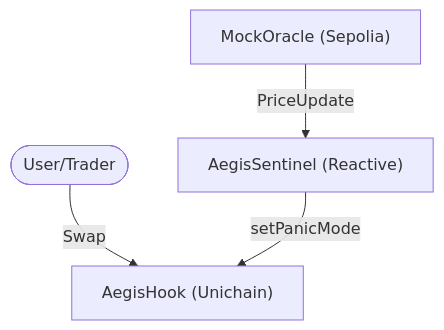
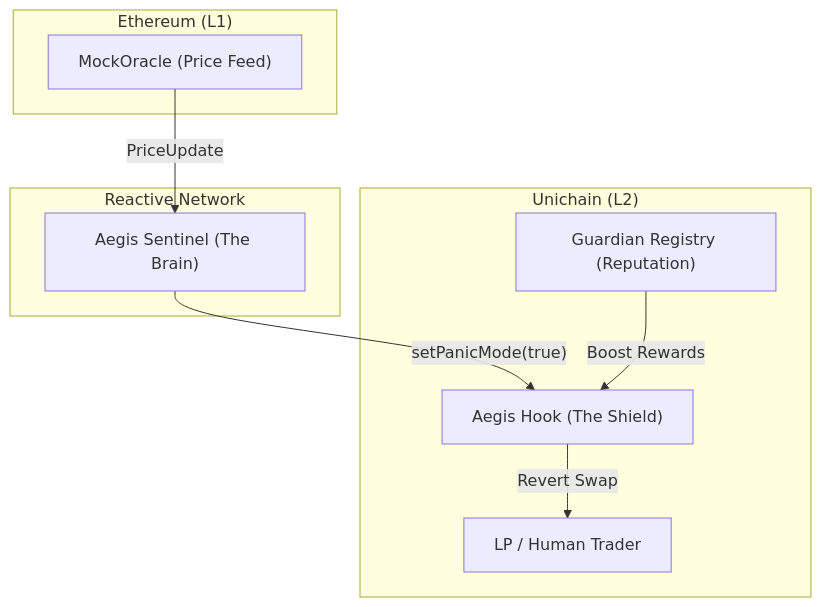
The diagram in README.md (HACK3R-CRYPTO2/Aegis), drawn with Mermaid before and after one commit. The commit also changed other lines of this file and 2 other files, not shown here.

````diff
--- a/README.md
+++ b/README.md
@@ -51,11 +45,21 @@
 ```mermaid
-flowchart TD
-    User(["User/Trader"])
-    Hook["AegisHook (Unichain)"]
-    Sentinel["AegisSentinel (Reactive)"]
-    Oracle["MockOracle (Sepolia)"]
+graph TD
+    subgraph "Ethereum (L1)"
+        O["MockOracle (Price Feed)"]
+    end
 
-    User -->|Swap| Hook
-    Oracle -->|PriceUpdate| Sentinel
-    Sentinel -->|setPanicMode| Hook
+    subgraph "Reactive Network"
+        S["Aegis Sentinel (The Brain)"]
+    end
+
+    subgraph "Unichain (L2)"
+        H["Aegis Hook (The Shield)"]
+        R["Guardian Registry (Reputation)"]
+        U["LP / Human Trader"]
+    end
+
+    O -- "PriceUpdate" --> S
+    S -- "setPanicMode(true)" --> H
+    H -- "Revert Swap" --> U
+    R -- "Boost Rewards" --> H
 ```
````
